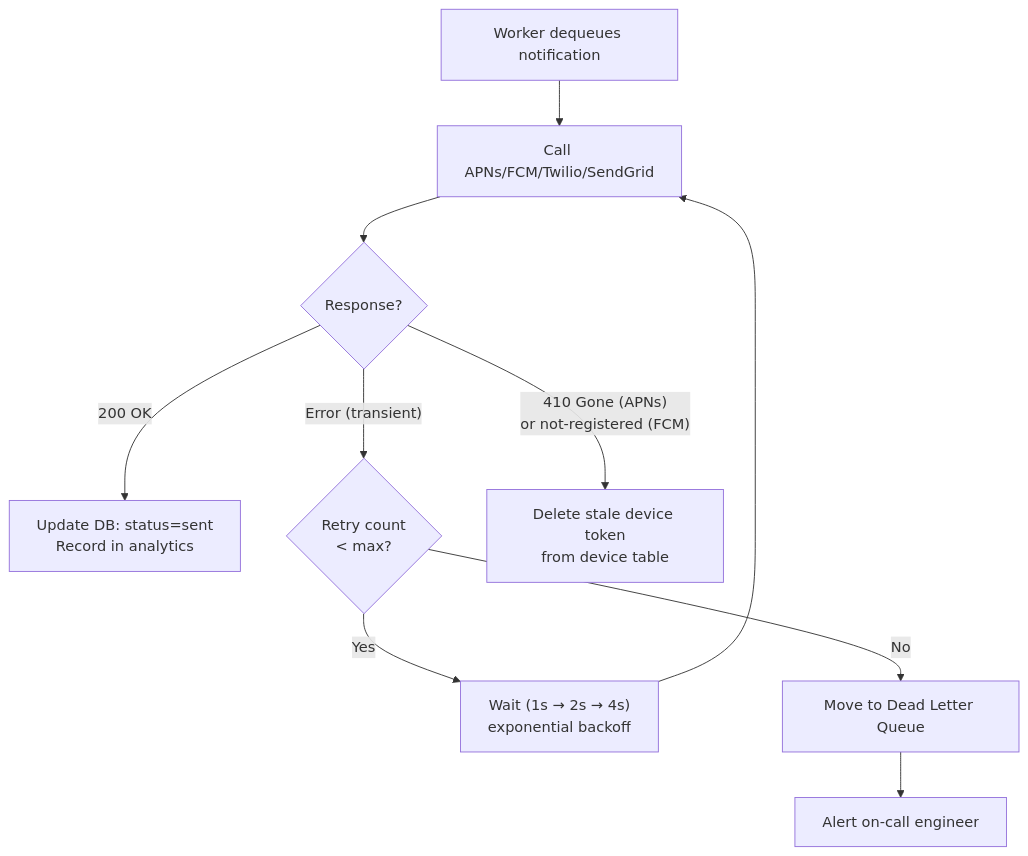
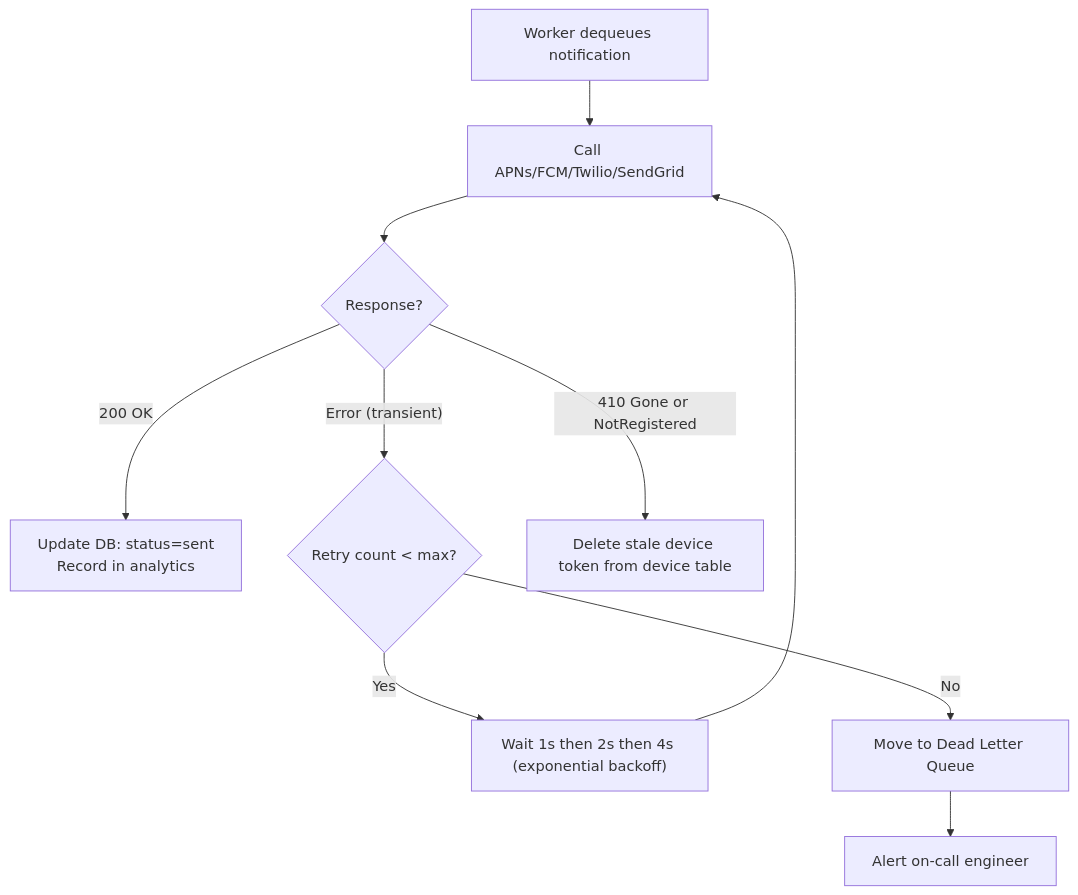
Before and after one commit to jaugustodev/software-engineering-content: the ninth of 12 diagrams in system-design/system-design-interview-alex-xu/chapters/10-notification-system.md, drawn with Mermaid. The commit also changed other lines of this file, not shown here.

````diff
--- a/system-design/system-design-interview-alex-xu/chapters/10-notification-system.md
+++ b/system-design/system-design-interview-alex-xu/chapters/10-notification-system.md
@@ -354,11 +354,11 @@
 ```mermaid
 flowchart TD
     Worker["Worker dequeues notification"] --> Send["Call APNs/FCM/Twilio/SendGrid"]
     Send --> Result{Response?}
     Result -->|"200 OK"| Done["Update DB: status=sent\nRecord in analytics"]
-    Result -->|"Error (transient)"| Retry{Retry count\n< max?}
-    Retry -->|"Yes"| Backoff["Wait (1s → 2s → 4s)\nexponential backoff"] --> Send
+    Result -->|"Error (transient)"| Retry{Retry count < max?}
+    Retry -->|"Yes"| Backoff["Wait 1s then 2s then 4s (exponential backoff)"] --> Send
     Retry -->|"No"| DLQ["Move to Dead Letter Queue"]
     DLQ --> Alert["Alert on-call engineer"]
-    Result -->|"410 Gone (APNs)\nor not-registered (FCM)"| Delete["Delete stale device token\nfrom device table"]
+    Result -->|"410 Gone or NotRegistered"| Delete["Delete stale device token from device table"]
 ```
````
